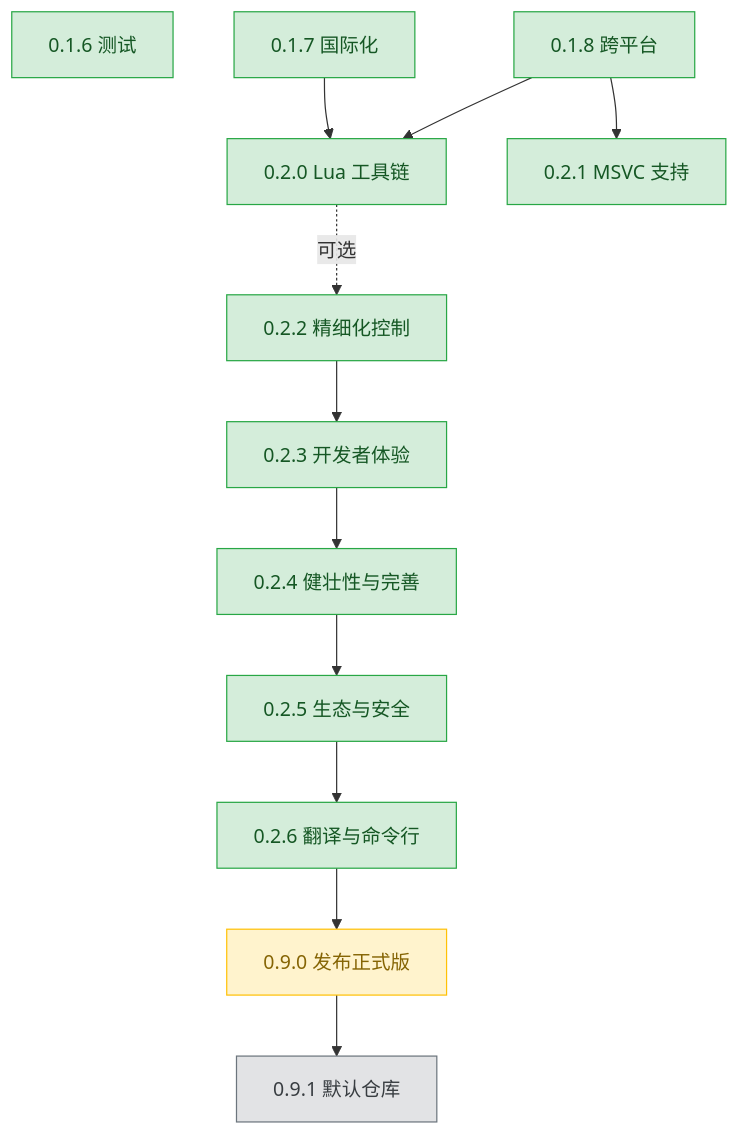
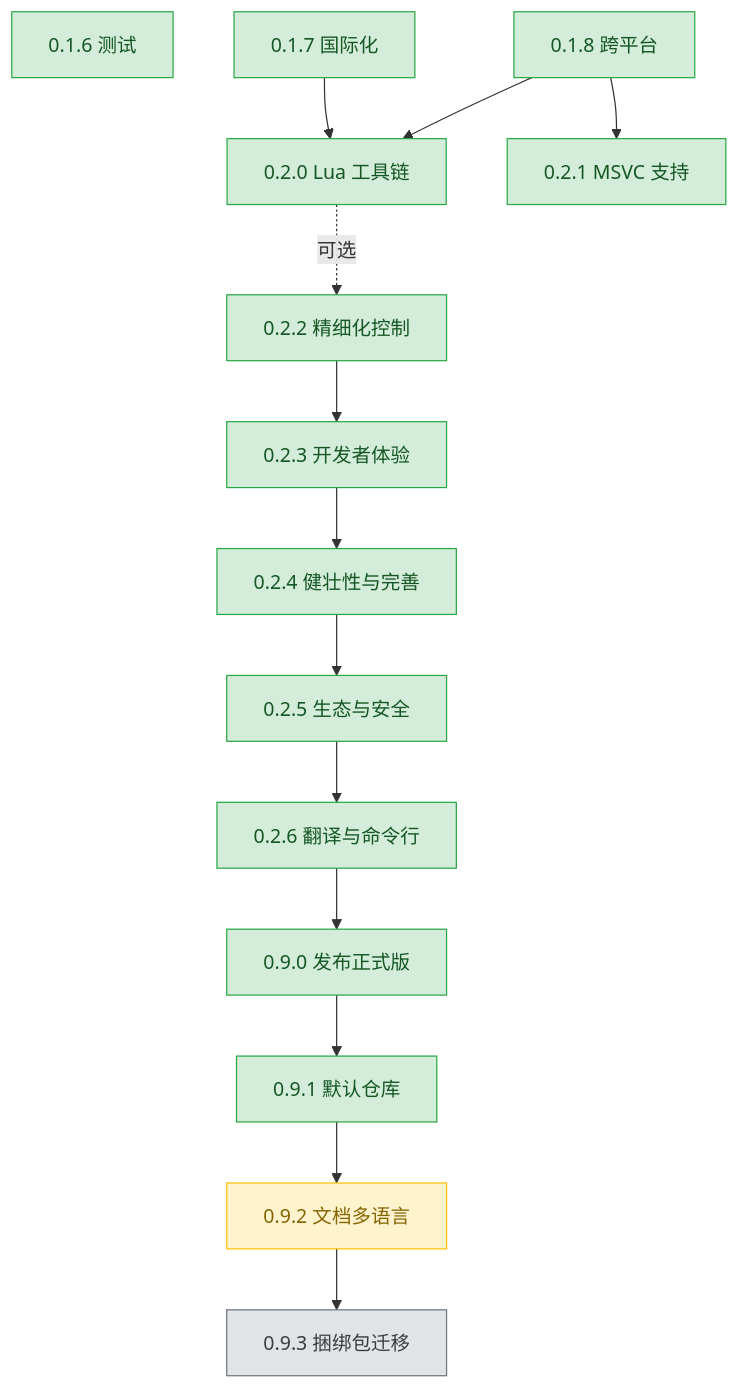
The diagram in plans/README.md (3667808244/EazyMake), drawn with Mermaid before and after one commit. The commit also changed other lines of this file and 44 other files, not shown here.

````diff
--- a/plans/README.md
+++ b/plans/README.md
@@ -51,34 +54,38 @@
 ```mermaid
 graph TD
     v016["0.1.6 测试"]
     v017["0.1.7 国际化"]
     v018["0.1.8 跨平台"]
     v020["0.2.0 Lua 工具链"]
     v021["0.2.1 MSVC 支持"]
     v022["0.2.2 精细化控制"]
     v023["0.2.3 开发者体验"]
     v024["0.2.4 健壮性与完善"]
     v025["0.2.5 生态与安全"]
     v026["0.2.6 翻译与命令行"]
     v090["0.9.0 发布正式版"]
     v091["0.9.1 默认仓库"]
+    v092["0.9.2 文档多语言"]
+    v093["0.9.3 捆绑包迁移"]
 
     v018 --> v021
     v017 --> v020
     v018 --> v020
     v020 -.可选.-> v022
     v022 --> v023
     v023 --> v024
     v024 --> v025
     v025 --> v026
     v026 --> v090
     v090 --> v091
+    v091 --> v092
+    v092 --> v093
 
     classDef done fill:#d4edda,stroke:#28a745,color:#155724;
     classDef active fill:#fff3cd,stroke:#ffc107,color:#856404;
     classDef todo fill:#e2e3e5,stroke:#6c757d,color:#383d41;
 
-    class v016,v017,v018,v020,v021,v022,v023,v024,v025,v026 done;
-    class v090 active;
-    class v091 todo;
+    class v016,v017,v018,v020,v021,v022,v023,v024,v025,v026,v090,v091 done;
+    class v092 active;
+    class v093 todo;
 ```
````
